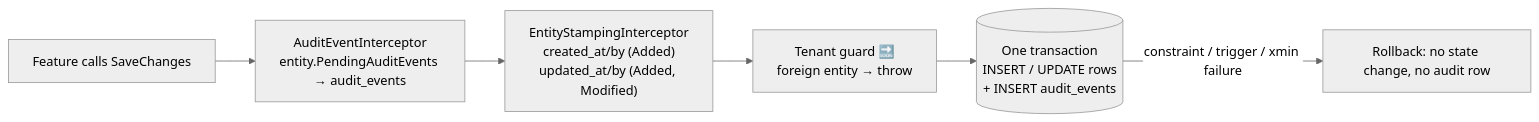
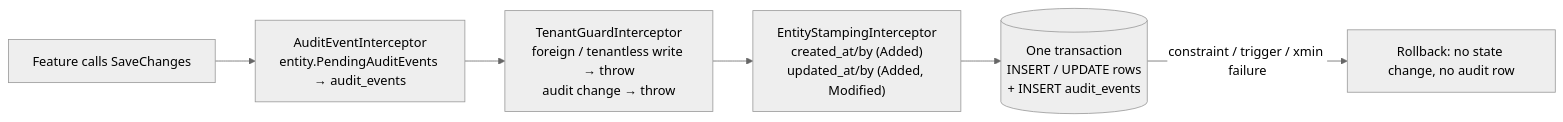
Before and after one commit to MoqeetUlHassan/Assessment: the fifth of 5 diagrams in ARCHITECTURE.md, drawn with Mermaid (neutral theme). The commit also changed other lines of this file and 4 other files, not shown here.

````diff
--- a/ARCHITECTURE.md
+++ b/ARCHITECTURE.md
@@ -189,8 +189,8 @@
 ```mermaid
 flowchart LR
     F[Feature calls SaveChanges] --> I1["AuditEventInterceptor<br/>entity.PendingAuditEvents → audit_events"]
-    I1 --> I2["EntityStampingInterceptor<br/>created_at/by (Added)<br/>updated_at/by (Added, Modified)"]
-    I2 --> G["Tenant guard 🔜<br/>foreign entity → throw"]
-    G --> T[("One transaction<br/>INSERT / UPDATE rows<br/>+ INSERT audit_events")]
+    I1 --> G["TenantGuardInterceptor<br/>foreign / tenantless write → throw<br/>audit change → throw"]
+    G --> I2["EntityStampingInterceptor<br/>created_at/by (Added)<br/>updated_at/by (Added, Modified)"]
+    I2 --> T[("One transaction<br/>INSERT / UPDATE rows<br/>+ INSERT audit_events")]
     T -- "constraint / trigger / xmin failure" --> RB[Rollback: no state change, no audit row]
 ```
````
